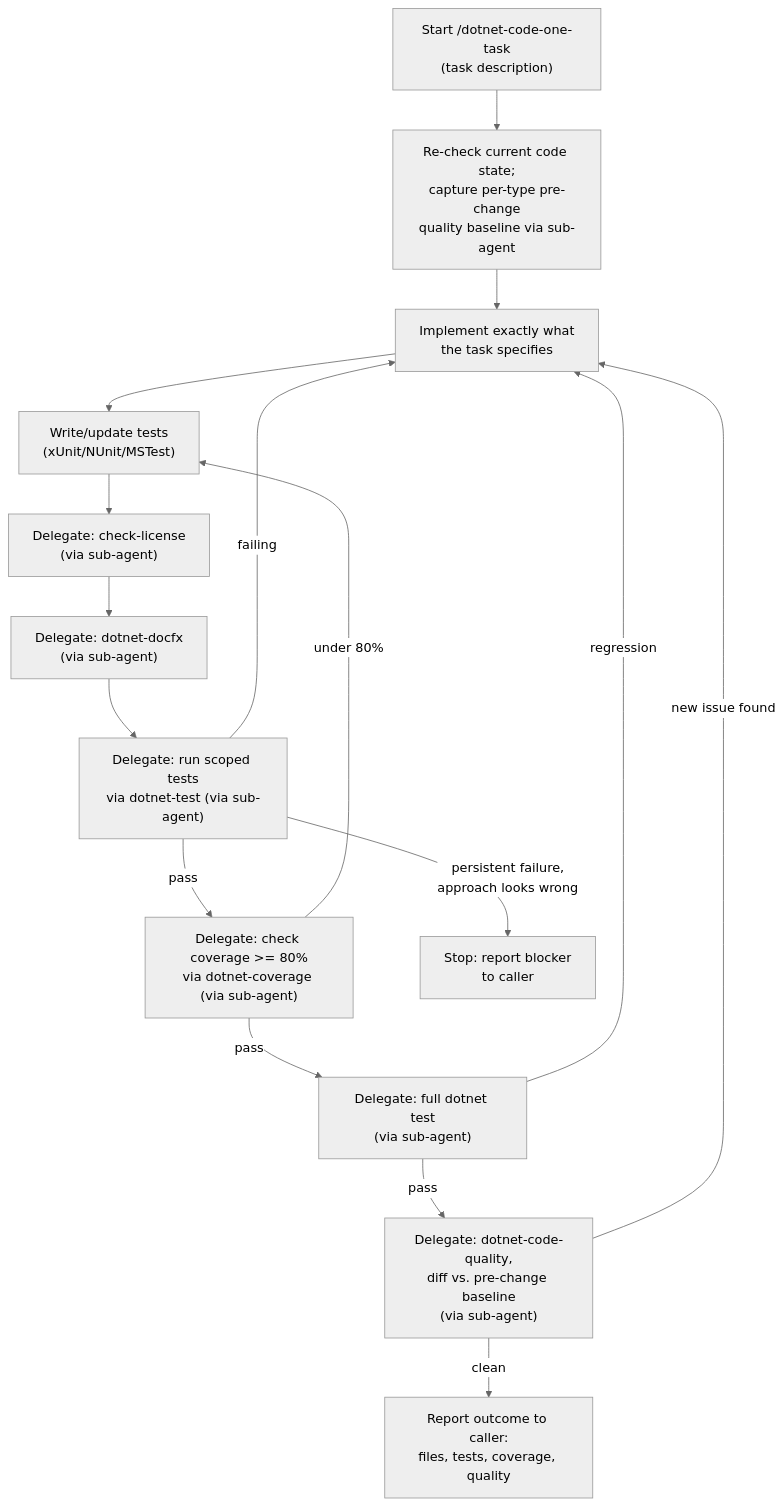
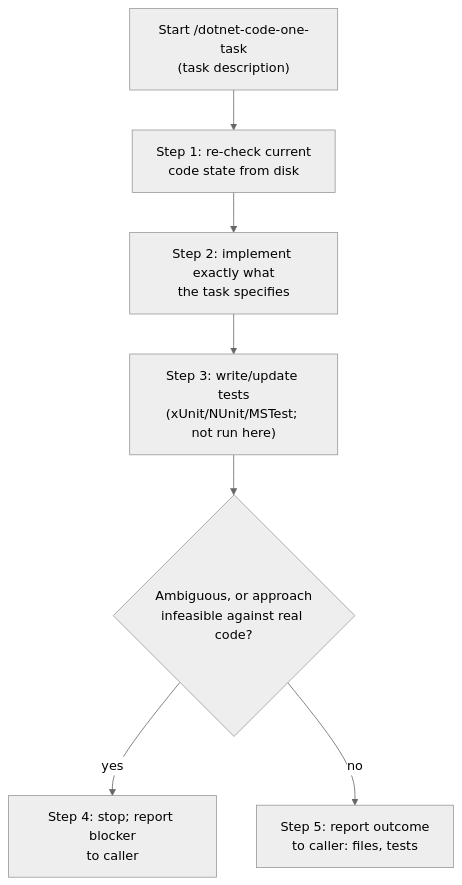
The diagram in docs/modules/ROOT/pages/skills/dotnet-code-one-task.adoc (albertoirurueta/ai-catalog), drawn with Mermaid (neutral theme) before and after one commit. The commit also changed other lines of this file and 74 other files, not shown here.

```diff
--- a/docs/modules/ROOT/pages/skills/dotnet-code-one-task.adoc
+++ b/docs/modules/ROOT/pages/skills/dotnet-code-one-task.adoc
@@ -67,19 +60,10 @@
 [mermaid]
 ....
 flowchart TD
-    A["Start /dotnet-code-one-task\n(task description)"] --> B["Re-check current code state;\ncapture per-type pre-change\nquality baseline via sub-agent"]
-    B --> C["Implement exactly what\nthe task specifies"]
-    C --> D["Write/update tests\n(xUnit/NUnit/MSTest)"]
-    D --> E["Delegate: check-license\n(via sub-agent)"]
-    E --> F["Delegate: dotnet-docfx\n(via sub-agent)"]
-    F --> G["Delegate: run scoped tests\nvia dotnet-test (via sub-agent)"]
-    G -- failing --> C
-    G -- pass --> H["Delegate: check coverage >= 80%\nvia dotnet-coverage (via sub-agent)"]
-    H -- under 80% --> D
-    H -- pass --> I["Delegate: full dotnet test\n(via sub-agent)"]
-    I -- regression --> C
-    I -- pass --> J["Delegate: dotnet-code-quality,\ndiff vs. pre-change baseline\n(via sub-agent)"]
-    J -- new issue found --> C
-    J -- clean --> K["Report outcome to caller:\nfiles, tests, coverage, quality"]
-    G -- persistent failure,\napproach looks wrong --> L["Stop: report blocker\nto caller"]
+    A["Start /dotnet-code-one-task\n(task description)"] --> B["Step 1: re-check current\ncode state from disk"]
+    B --> C["Step 2: implement exactly what\nthe task specifies"]
+    C --> D["Step 3: write/update tests\n(xUnit/NUnit/MSTest; not run here)"]
+    D --> E{"Ambiguous, or approach\ninfeasible against real code?"}
+    E -- yes --> F["Step 4: stop; report blocker\nto caller"]
+    E -- no --> G["Step 5: report outcome\nto caller: files, tests"]
 ....
```
